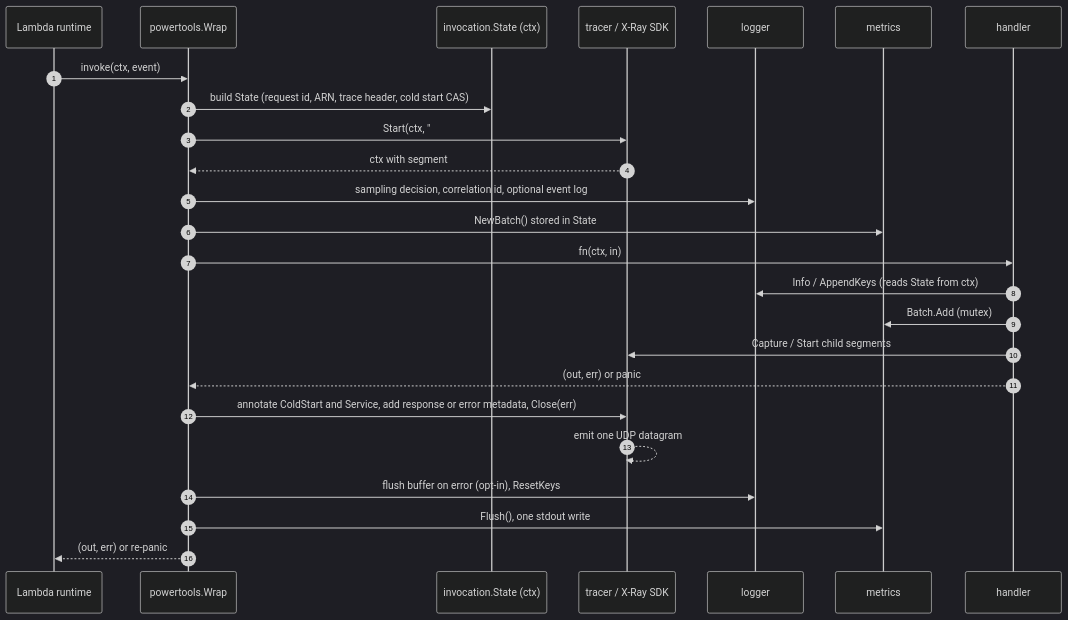
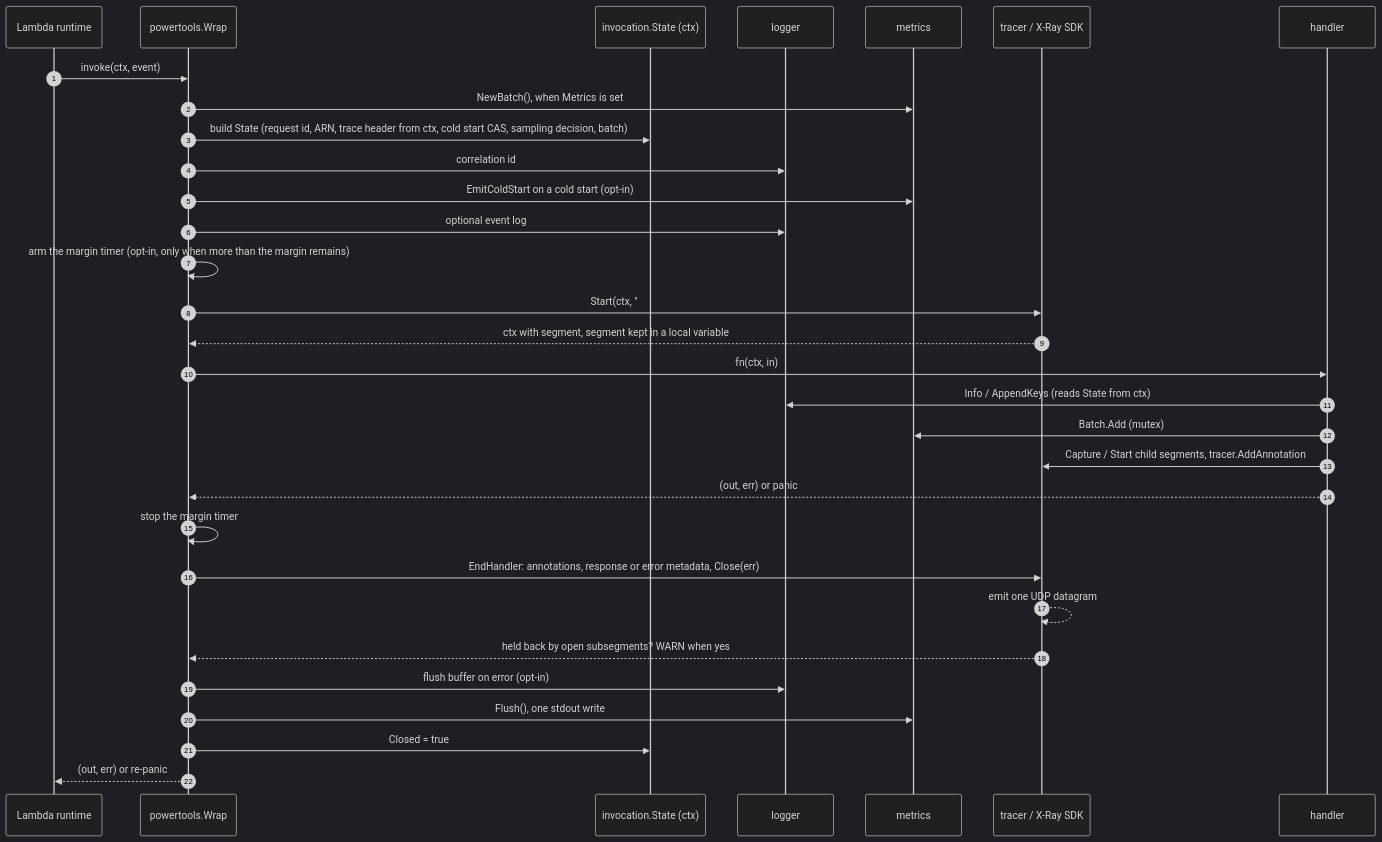
One commit to christiangda/powertools-lambda-go-plan changed the fourth of 9 diagrams in 01-architecture.md. Above: the diagram before and after it, drawn with Mermaid (dark theme). The commit also changed other lines of this file and 11 other files, not shown here.

````diff
--- a/01-architecture.md
+++ b/01-architecture.md
@@ -379,27 +755,33 @@
 ```mermaid
 sequenceDiagram
   autonumber
   participant RT as Lambda runtime
   participant W as powertools.Wrap
   participant ST as invocation.State (ctx)
-  participant TR as tracer / X-Ray SDK
   participant LG as logger
   participant MT as metrics
+  participant TR as tracer / X-Ray SDK
   participant H as handler
   RT->>W: invoke(ctx, event)
-  W->>ST: build State (request id, ARN, trace header, cold start CAS)
-  W->>TR: Start(ctx, "## main.handle") when sampled
-  TR-->>W: ctx with segment
-  W->>LG: sampling decision, correlation id, optional event log
-  W->>MT: NewBatch() stored in State
+  W->>MT: NewBatch(), when Metrics is set
+  W->>ST: build State (request id, ARN, trace header from ctx, cold start CAS, sampling decision, batch)
+  W->>LG: correlation id
+  W->>MT: EmitColdStart on a cold start (opt-in)
+  W->>LG: optional event log
+  W->>W: arm the margin timer (opt-in, only when more than the margin remains)
+  W->>TR: Start(ctx, "## main.handle"), nil unless sampled
+  TR-->>W: ctx with segment, segment kept in a local variable
   W->>H: fn(ctx, in)
   H->>LG: Info / AppendKeys (reads State from ctx)
   H->>MT: Batch.Add (mutex)
-  H->>TR: Capture / Start child segments
+  H->>TR: Capture / Start child segments, tracer.AddAnnotation
   H-->>W: (out, err) or panic
-  W->>TR: annotate ColdStart and Service, add response or error metadata, Close(err)
+  W->>W: stop the margin timer
+  W->>TR: EndHandler: annotations, response or error metadata, Close(err)
   TR-->>TR: emit one UDP datagram
-  W->>LG: flush buffer on error (opt-in), ResetKeys
+  TR-->>W: held back by open subsegments? WARN when yes
+  W->>LG: flush buffer on error (opt-in)
   W->>MT: Flush(), one stdout write
+  W->>ST: Closed = true
   W-->>RT: (out, err) or re-panic
 ```
````
